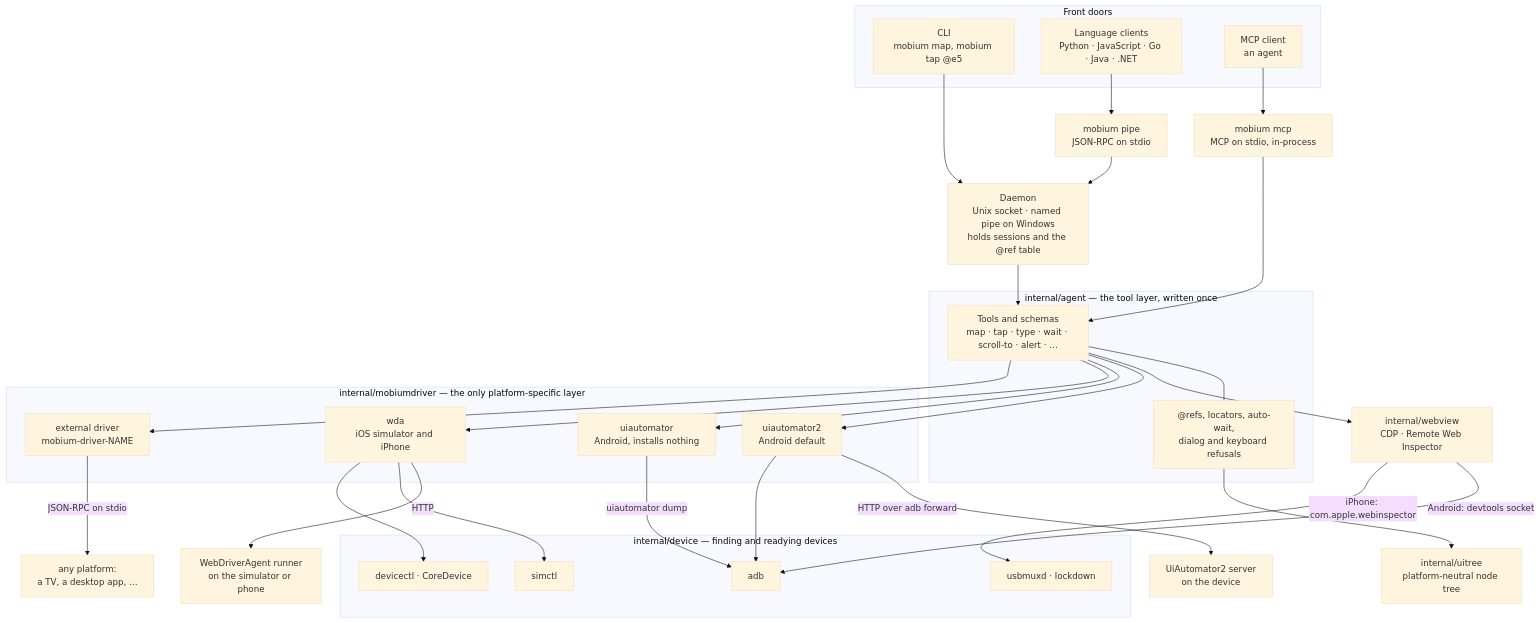
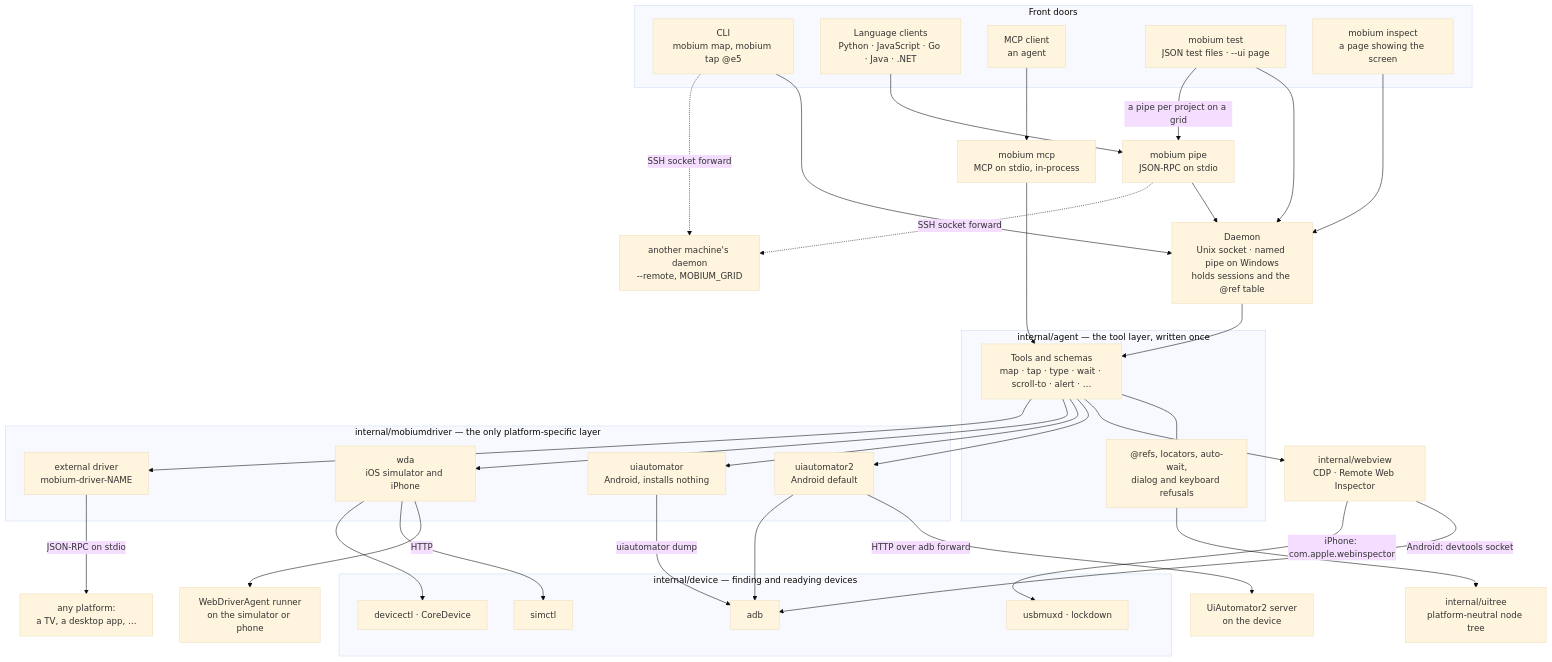
Before and after one commit to mobiumdev/mobium: the first of 3 diagrams in docs/ARCHITECTURE.md, drawn with Mermaid (base theme). The commit also changed other lines of this file and 123 other files, not shown here.

````diff
--- a/docs/ARCHITECTURE.md
+++ b/docs/ARCHITECTURE.md
@@ -10,55 +10,62 @@
 ```mermaid
 flowchart TB
     subgraph doors["Front doors"]
         cli["CLI<br/>mobium map, mobium tap @e5"]
         clients["Language clients<br/>Python · JavaScript · Go · Java · .NET"]
         mcp["MCP client<br/>an agent"]
+        test["mobium test<br/>JSON test files · --ui page"]
+        inspect["mobium inspect<br/>a page showing the screen"]
     end
 
     pipe["mobium pipe<br/>JSON-RPC on stdio"]
     mcpcmd["mobium mcp<br/>MCP on stdio, in-process"]
     daemon["Daemon<br/>Unix socket · named pipe on Windows<br/>holds sessions and the @ref table"]
 
     cli --> daemon
     clients --> pipe --> daemon
     mcp --> mcpcmd
+    test --> daemon
+    test -- "a pipe per project on a grid" --> pipe
+    inspect --> daemon
+    remote["another machine's daemon<br/>--remote, MOBIUM_GRID"]
+    cli & pipe -.->|"SSH socket forward"| remote
 
     subgraph core["internal/agent — the tool layer, written once"]
         tools["Tools and schemas<br/>map · tap · type · wait · scroll-to · alert · …"]
         refs["@refs, locators, auto-wait,<br/>dialog and keyboard refusals"]
     end
 
     daemon --> tools
     mcpcmd --> tools
     tools --- refs
 
     tree["internal/uitree<br/>platform-neutral node tree"]
     web["internal/webview<br/>CDP · Remote Web Inspector"]
     refs --> tree
     tools --> web
 
     subgraph drivers["internal/mobiumdriver — the only platform-specific layer"]
         uia2["uiautomator2<br/>Android default"]
         dump["uiautomator<br/>Android, installs nothing"]
         wda["wda<br/>iOS simulator and iPhone"]
         ext["external driver<br/>mobium-driver-NAME"]
     end
 
     tools --> uia2 & dump & wda & ext
 
     subgraph devicepkg["internal/device — finding and readying devices"]
         adb["adb"]
         simctl["simctl"]
         devicectl["devicectl · CoreDevice"]
         lockdown["usbmuxd · lockdown"]
     end
 
     uia2 -- "HTTP over adb forward" --> uiaserver["UiAutomator2 server<br/>on the device"]
     uia2 --> adb
     dump -- "uiautomator dump" --> adb
     wda -- "HTTP" --> wdarunner["WebDriverAgent runner<br/>on the simulator or phone"]
     wda --> simctl & devicectl
     ext -- "JSON-RPC on stdio" --> other["any platform:<br/>a TV, a desktop app, …"]
     web -- "Android: devtools socket" --> adb
     web -- "iPhone: com.apple.webinspector" --> lockdown
 ```
````
